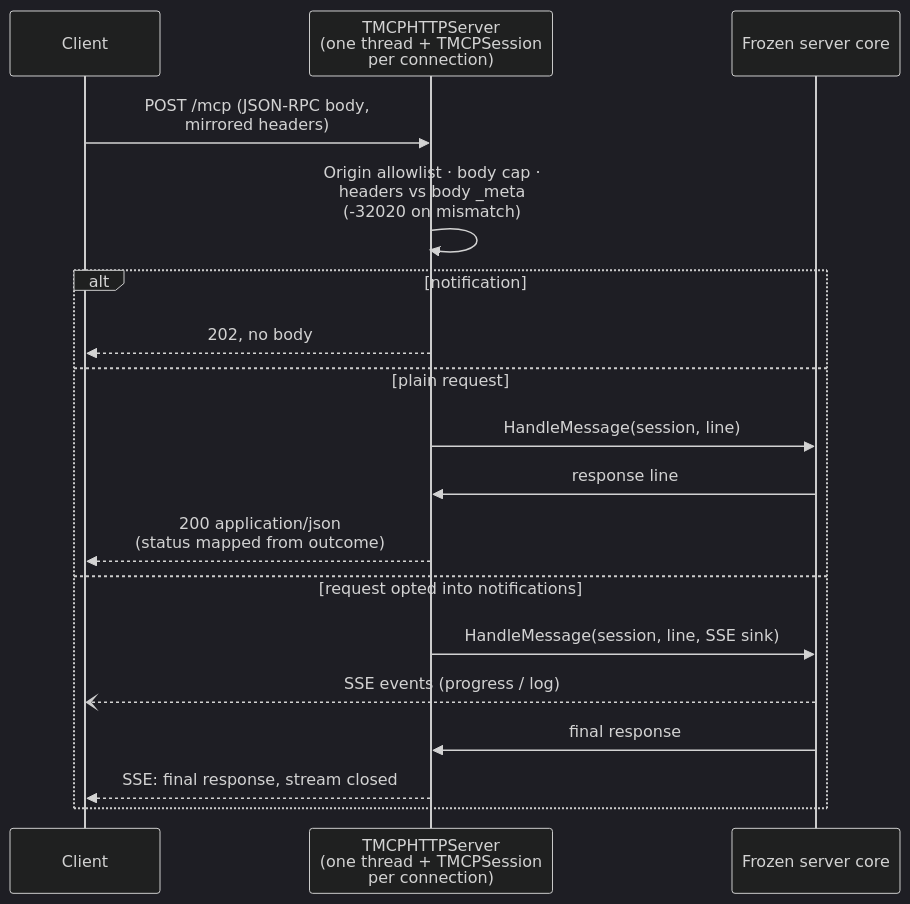
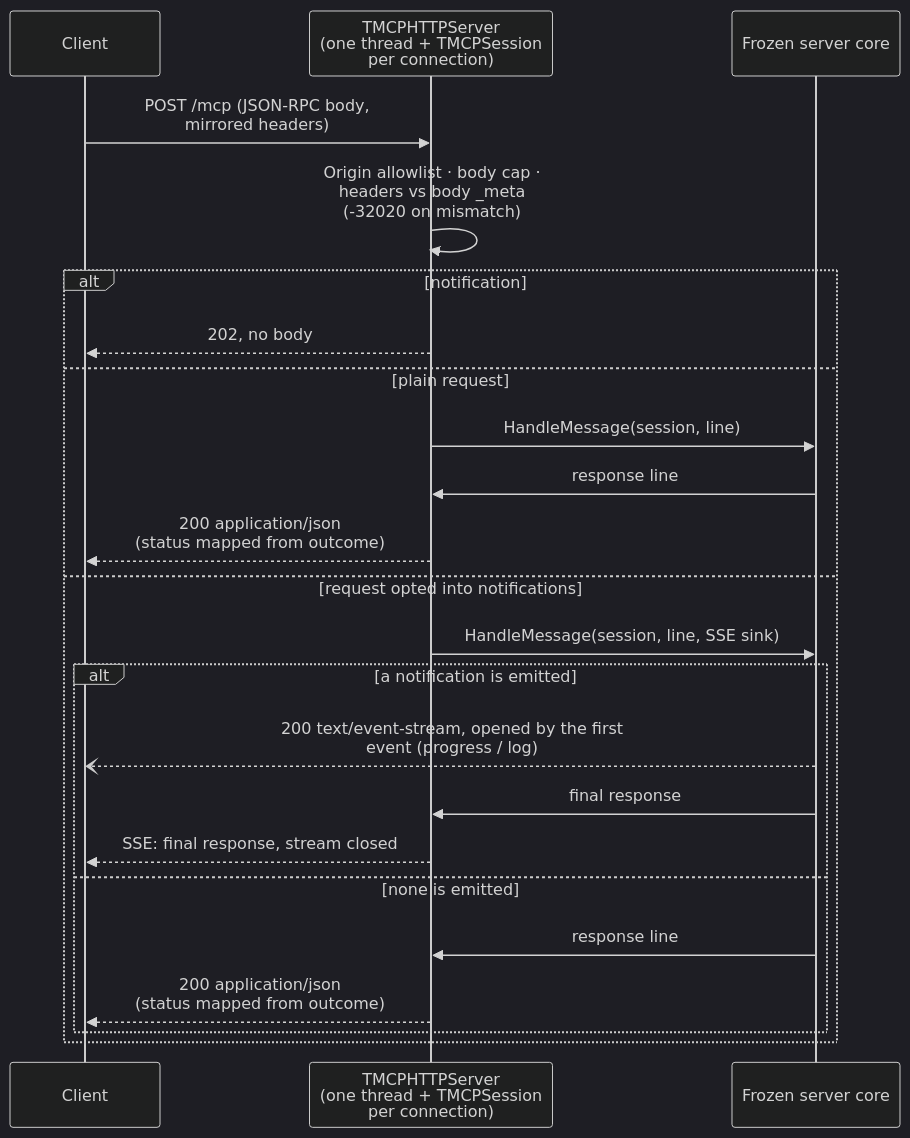
One commit to frostney/pascal-mcp-sdk changed the fifth of 5 diagrams in docs/internals/architecture.md. Above: the diagram before and after it, drawn with Mermaid (dark theme). The commit also changed other lines of this file and 18 other files, not shown here.

````diff
--- a/docs/internals/architecture.md
+++ b/docs/internals/architecture.md
@@ -294,20 +294,25 @@
 ```mermaid
 sequenceDiagram
     participant C as Client
     participant T as TMCPHTTPServer<br/>(one thread + TMCPSession<br/>per connection)
     participant Core as Frozen server core
     C->>T: POST /mcp (JSON-RPC body,<br/>mirrored headers)
     T->>T: Origin allowlist · body cap ·<br/>headers vs body _meta<br/>(-32020 on mismatch)
     alt notification
         T-->>C: 202, no body
     else plain request
         T->>Core: HandleMessage(session, line)
         Core->>T: response line
         T-->>C: 200 application/json<br/>(status mapped from outcome)
     else request opted into notifications
         T->>Core: HandleMessage(session, line, SSE sink)
-        Core--)C: SSE events (progress / log)
-        Core->>T: final response
-        T-->>C: SSE: final response, stream closed
+        alt a notification is emitted
+            Core--)C: 200 text/event-stream, opened by the first<br/>event (progress / log)
+            Core->>T: final response
+            T-->>C: SSE: final response, stream closed
+        else none is emitted
+            Core->>T: response line
+            T-->>C: 200 application/json<br/>(status mapped from outcome)
+        end
     end
 ```
````
